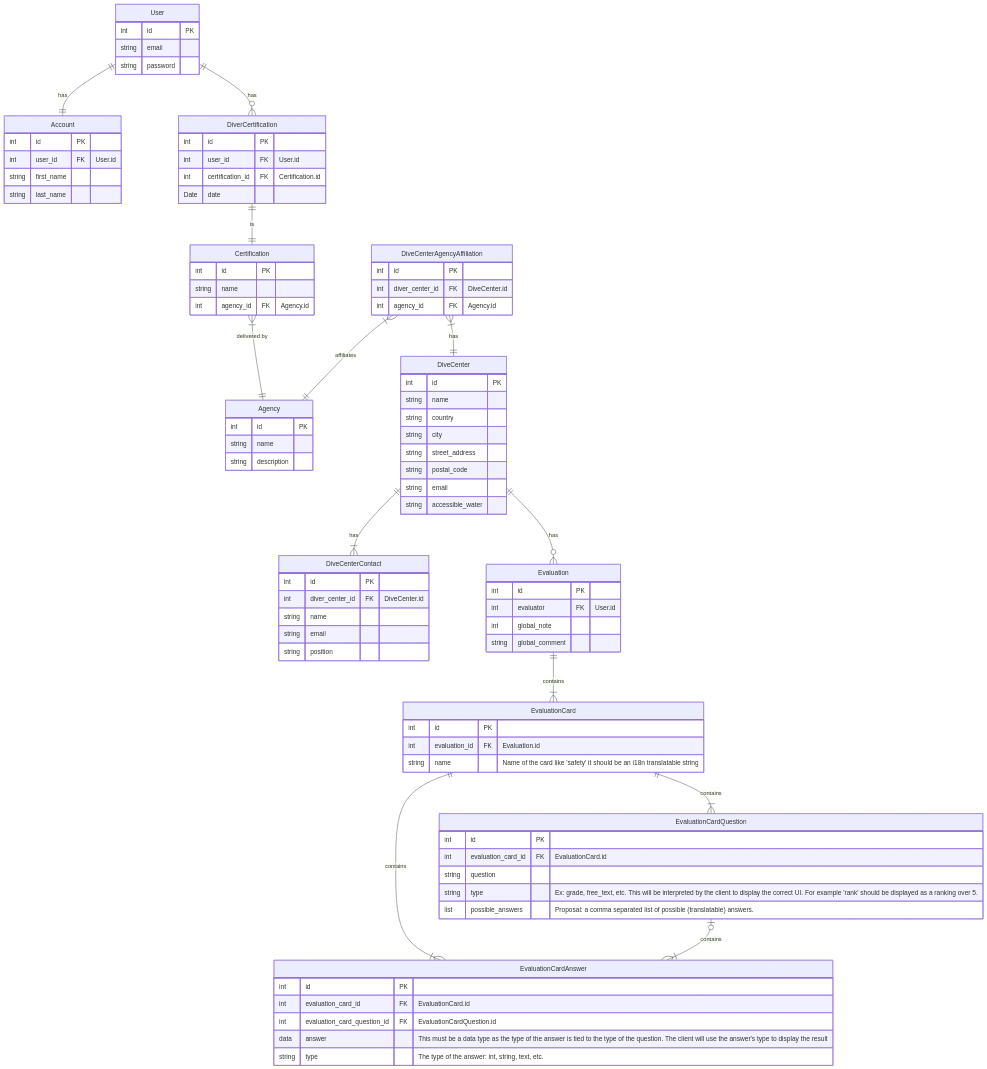
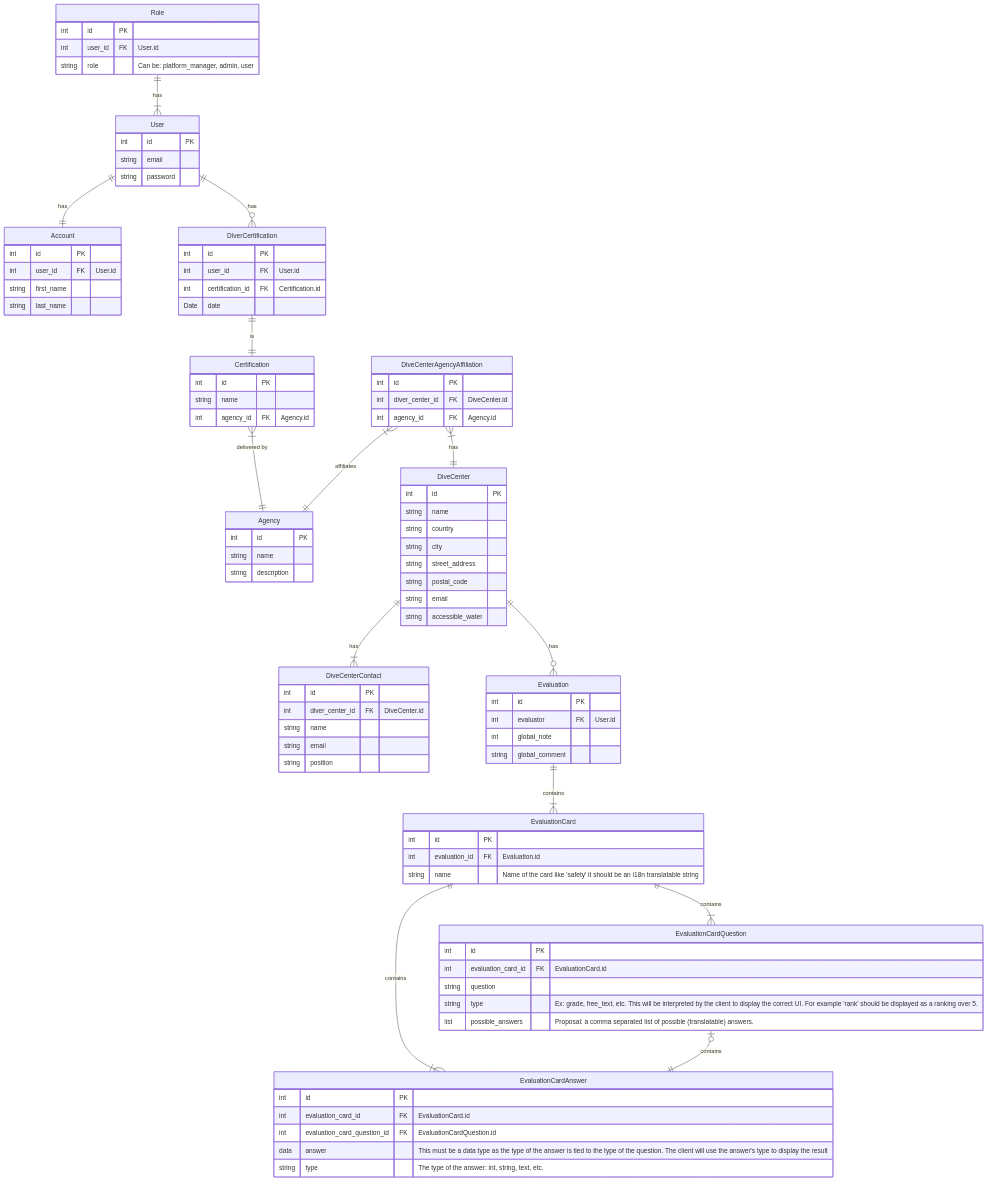
The diagram in README.md (arnauddupuis/argoteam-dice-api), drawn with Mermaid before and after one commit.

Commit message:
Add the forgotten Role table to the model

````diff
--- a/README.md
+++ b/README.md
@@ -25,6 +25,12 @@
 	int user_id FK "User.id"
 	string first_name
 	string last_name
+}
+
+Role {
+    int id PK
+    int user_id FK "User.id"
+    string role "Can be: platform_manager, admin, user"
 }
 
 Agency {
@@ -102,6 +108,7 @@
 
 User ||--|| Account : has
 User ||--o{ DiverCertification : has
+Role ||--|{ User : has
 DiverCertification ||--|| Certification : is
 Certification }|--|| Agency : "delivered by"
 DiveCenterAgencyAffiliation }|--|| DiveCenter : has
@@ -111,6 +118,6 @@
 Evaluation ||--|{ EvaluationCard : contains
 EvaluationCard ||--|{ EvaluationCardQuestion : contains
 EvaluationCard ||--|{ EvaluationCardAnswer : contains
-EvaluationCardQuestion o|--|{ EvaluationCardAnswer : contains
+EvaluationCardQuestion o|--|| EvaluationCardAnswer : contains
 
 ```
````
